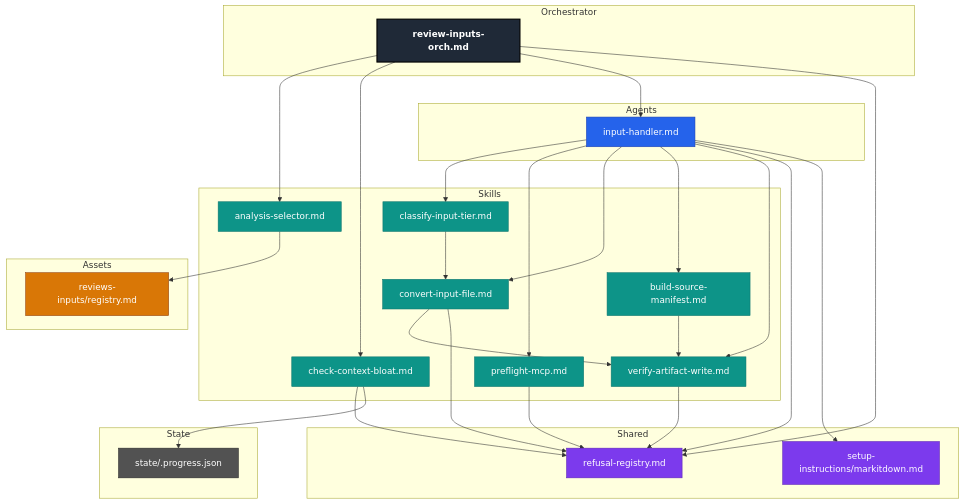
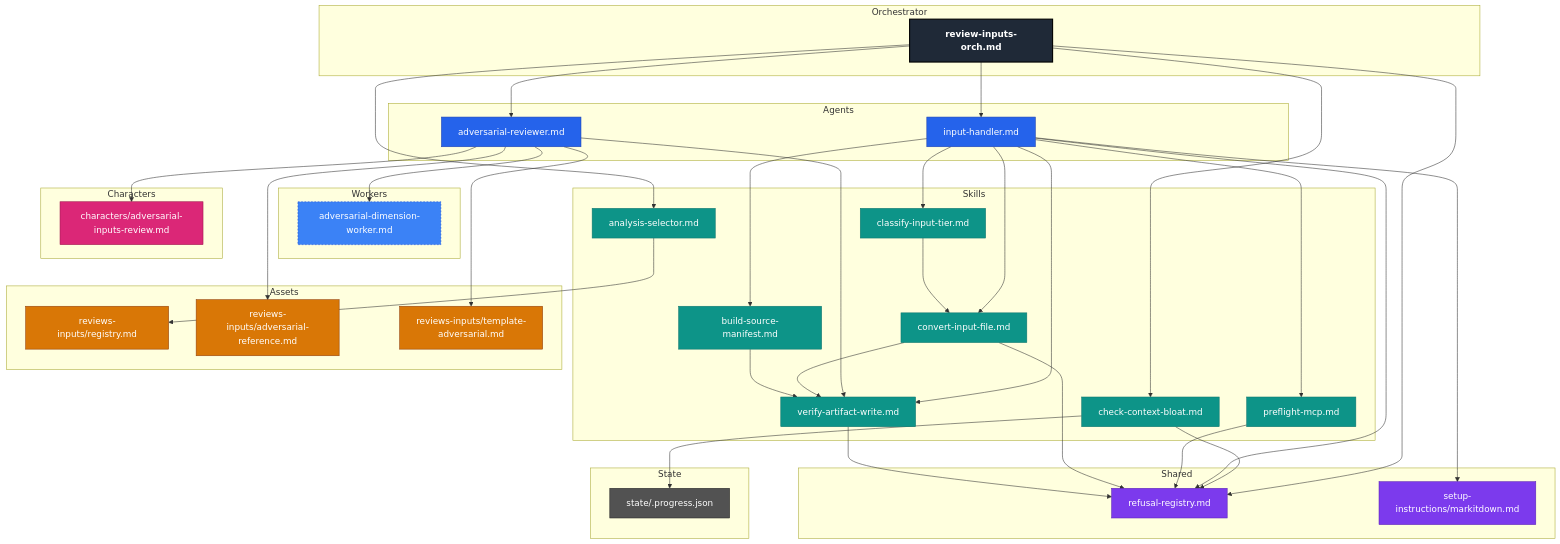
The sixth of 6 diagrams in framework/dependency-graphs.md (rodenacker/requirements-generator), drawn with Mermaid before and after one commit. The commit also changed other lines of this file and 6 other files, not shown here.

Commit message:
review-input framework

````diff
--- a/framework/dependency-graphs.md
+++ b/framework/dependency-graphs.md
@@ -648,8 +648,10 @@
 graph TD
     classDef orch fill:#1f2937,color:#fff,stroke:#000,stroke-width:2px,font-weight:bold
     classDef agent fill:#2563eb,color:#fff,stroke:#1e40af
+    classDef worker fill:#3b82f6,color:#fff,stroke:#1d4ed8,stroke-dasharray:3 3
     classDef skill fill:#0d9488,color:#fff,stroke:#0f766e
     classDef asset fill:#d97706,color:#fff,stroke:#92400e
+    classDef char fill:#db2777,color:#fff,stroke:#9d174d
     classDef shared fill:#7c3aed,color:#fff,stroke:#5b21b6
     classDef state fill:#525252,color:#fff,stroke:#262626
 
@@ -659,6 +661,11 @@
 
     subgraph Agents
       agent_input_ri[input-handler.md]
+      agent_adv_ri[adversarial-reviewer.md]
+    end
+
+    subgraph Workers
+      worker_adv_dim_ri[adversarial-dimension-worker.md]
     end
 
     subgraph Skills
@@ -673,6 +680,12 @@
 
     subgraph Assets
       asset_registry_ri[reviews-inputs/registry.md]
+      asset_ref_adv_ri[reviews-inputs/adversarial-reference.md]
+      asset_tmpl_adv_ri[reviews-inputs/template-adversarial.md]
+    end
+
+    subgraph Characters
+      char_adv_ri[characters/adversarial-inputs-review.md]
     end
 
     subgraph Shared
@@ -687,6 +700,7 @@
     orch_ri --> skill_ansel_ri
     orch_ri --> skill_bloat_ri
     orch_ri --> agent_input_ri
+    orch_ri --> agent_adv_ri
     orch_ri --> shared_refusal_ri
 
     skill_ansel_ri --> asset_registry_ri
@@ -702,6 +716,12 @@
     agent_input_ri --> shared_refusal_ri
     agent_input_ri --> shared_setup_md_ri
 
+    agent_adv_ri --> char_adv_ri
+    agent_adv_ri --> asset_ref_adv_ri
+    agent_adv_ri --> asset_tmpl_adv_ri
+    agent_adv_ri --> skill_verifywrite_ri
+    agent_adv_ri --> worker_adv_dim_ri
+
     skill_classify_ri --> skill_convert_ri
     skill_preflight_ri --> shared_refusal_ri
     skill_convert_ri --> skill_verifywrite_ri
@@ -710,9 +730,11 @@
     skill_verifywrite_ri --> shared_refusal_ri
 
     class orch_ri orch
-    class agent_input_ri agent
+    class agent_input_ri,agent_adv_ri agent
+    class worker_adv_dim_ri worker
     class skill_ansel_ri,skill_bloat_ri,skill_verifywrite_ri,skill_classify_ri,skill_preflight_ri,skill_convert_ri,skill_buildmanifest_ri skill
-    class asset_registry_ri asset
+    class asset_registry_ri,asset_ref_adv_ri,asset_tmpl_adv_ri asset
+    class char_adv_ri char
     class shared_refusal_ri,shared_setup_md_ri shared
     class state_progress_ri state
 ```
````
